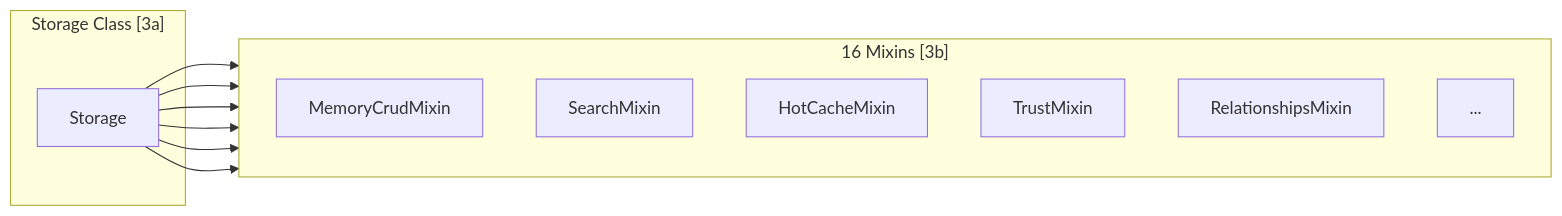
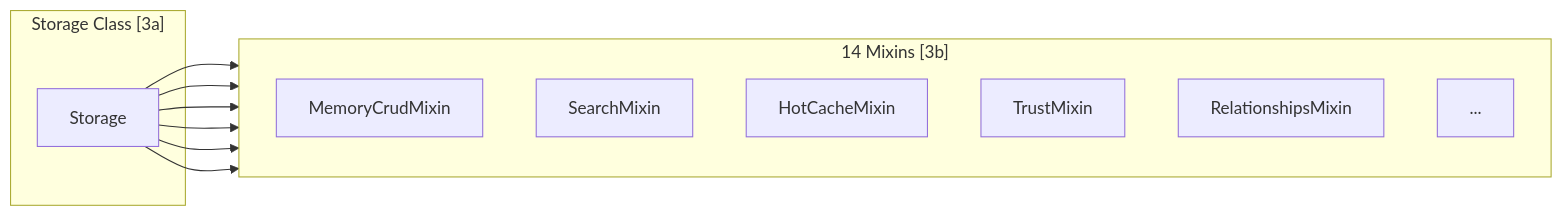
The second of 4 diagrams in docs/CODEMAP.md (michael-denyer/memory-mcp), drawn with Mermaid before and after one commit. The commit also changed other lines of this file and 56 other files, not shown here.

````diff
--- a/docs/CODEMAP.md
+++ b/docs/CODEMAP.md
@@ -91,23 +82,23 @@
 ```mermaid
 flowchart LR
     subgraph Core["Storage Class [3a]"]
         S[Storage]
     end
 
-    subgraph Mixins["16 Mixins [3b]"]
+    subgraph Mixins["14 Mixins [3b]"]
         direction TB
         M1[MemoryCrudMixin]
         M2[SearchMixin]
         M3[HotCacheMixin]
         M4[TrustMixin]
         M5[RelationshipsMixin]
         M6[...]
     end
 
     S --> M1
     S --> M2
     S --> M3
     S --> M4
     S --> M5
     S --> M6
 ```
````
